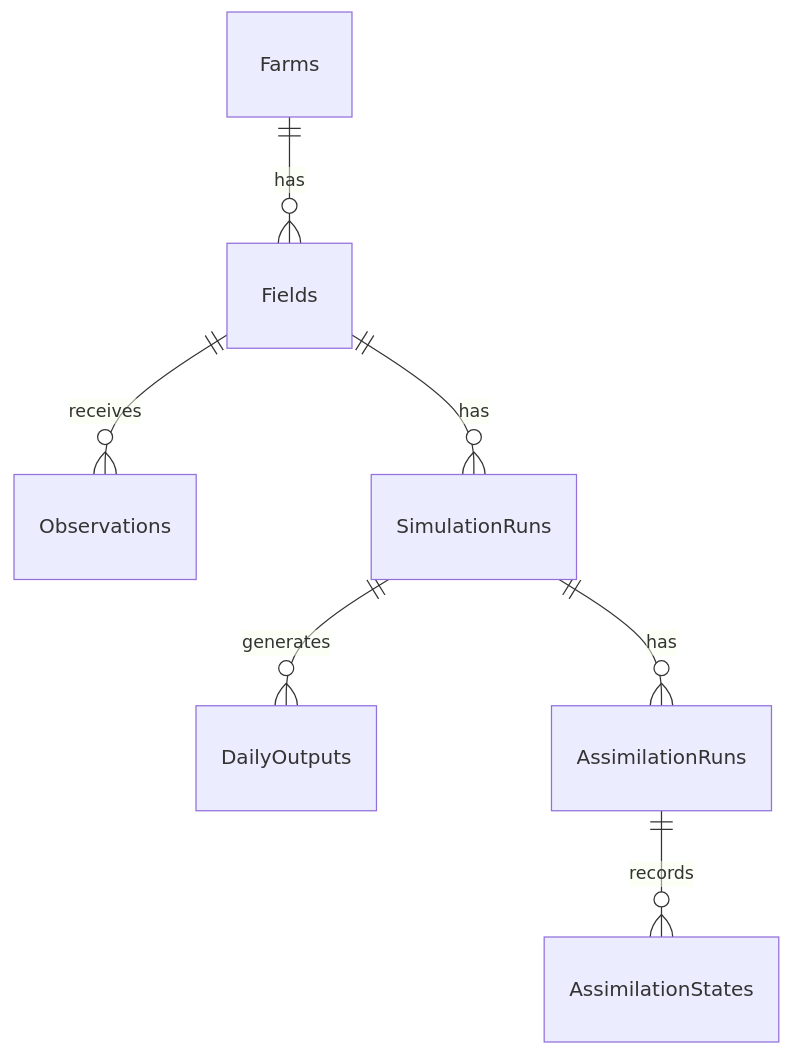
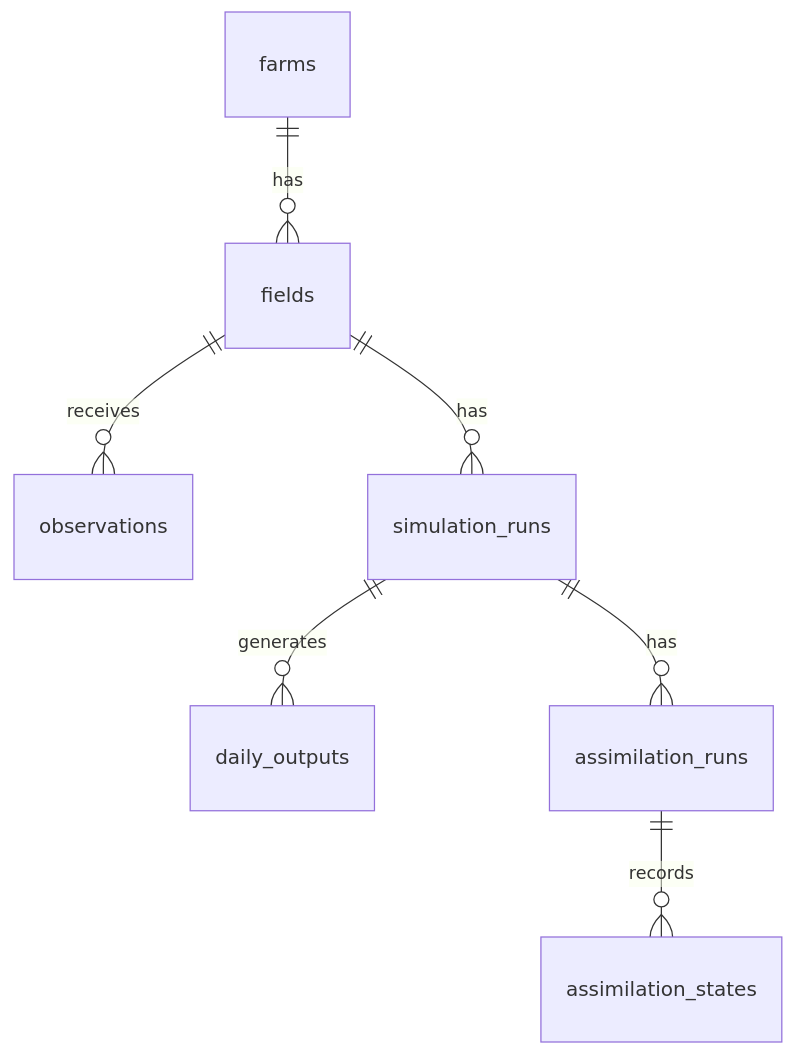
The diagram in LLM_CONTEXT.md (yashitchugh/AgriTwin), drawn with Mermaid before and after one commit. The commit also changed other lines of this file and 2 other files, not shown here.

````diff
--- a/LLM_CONTEXT.md
+++ b/LLM_CONTEXT.md
@@ -24,9 +75,9 @@
 ```mermaid
 erDiagram
-    Farms ||--o{ Fields : "has"
-    Fields ||--o{ Observations : "receives"
-    Fields ||--o{ SimulationRuns : "has"
-    SimulationRuns ||--o{ DailyOutputs : "generates"
-    SimulationRuns ||--o{ AssimilationRuns : "has"
-    AssimilationRuns ||--o{ AssimilationStates : "records"
+    farms ||--o{ fields : "has"
+    fields ||--o{ observations : "receives"
+    fields ||--o{ simulation_runs : "has"
+    simulation_runs ||--o{ daily_outputs : "generates"
+    simulation_runs ||--o{ assimilation_runs : "has"
+    assimilation_runs ||--o{ assimilation_states : "records"
 ```
````
